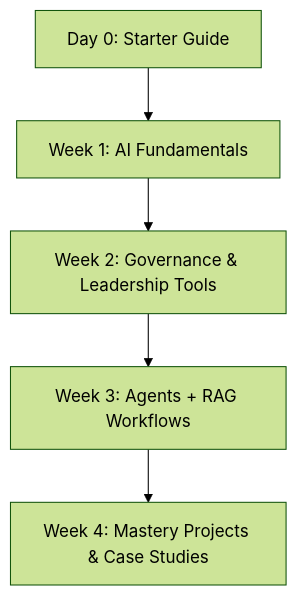
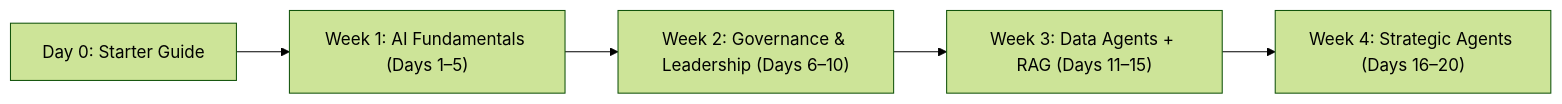
Before and after one commit to emcdo411/ai-agent-mastery-20days: the second of 2 diagrams in docs/vibe-coding-starter-guide.md, drawn with Mermaid. The commit also changed other lines of this file, not shown here.

````diff
--- a/docs/vibe-coding-starter-guide.md
+++ b/docs/vibe-coding-starter-guide.md
@@ -107,8 +116,8 @@
 ```mermaid
-%%{ init: { 'theme': 'forest' } }%%
-graph TD
-  D0["Day 0: Starter Guide"] --> D1["Week 1: AI Fundamentals"]
-  D1 --> D7["Week 2: Governance & Leadership Tools"]
-  D7 --> D14["Week 3: Agents + RAG Workflows"]
-  D14 --> D21["Week 4: Mastery Projects & Case Studies"]
+%%{ init: { "theme": "forest" } }%%
+graph LR
+  D0["Day 0: Starter Guide"] --> W1["Week 1: AI Fundamentals (Days 1–5)"]
+  W1 --> W2["Week 2: Governance & Leadership (Days 6–10)"]
+  W2 --> W3["Week 3: Data Agents + RAG (Days 11–15)"]
+  W3 --> W4["Week 4: Strategic Agents (Days 16–20)"]
 ```
````
